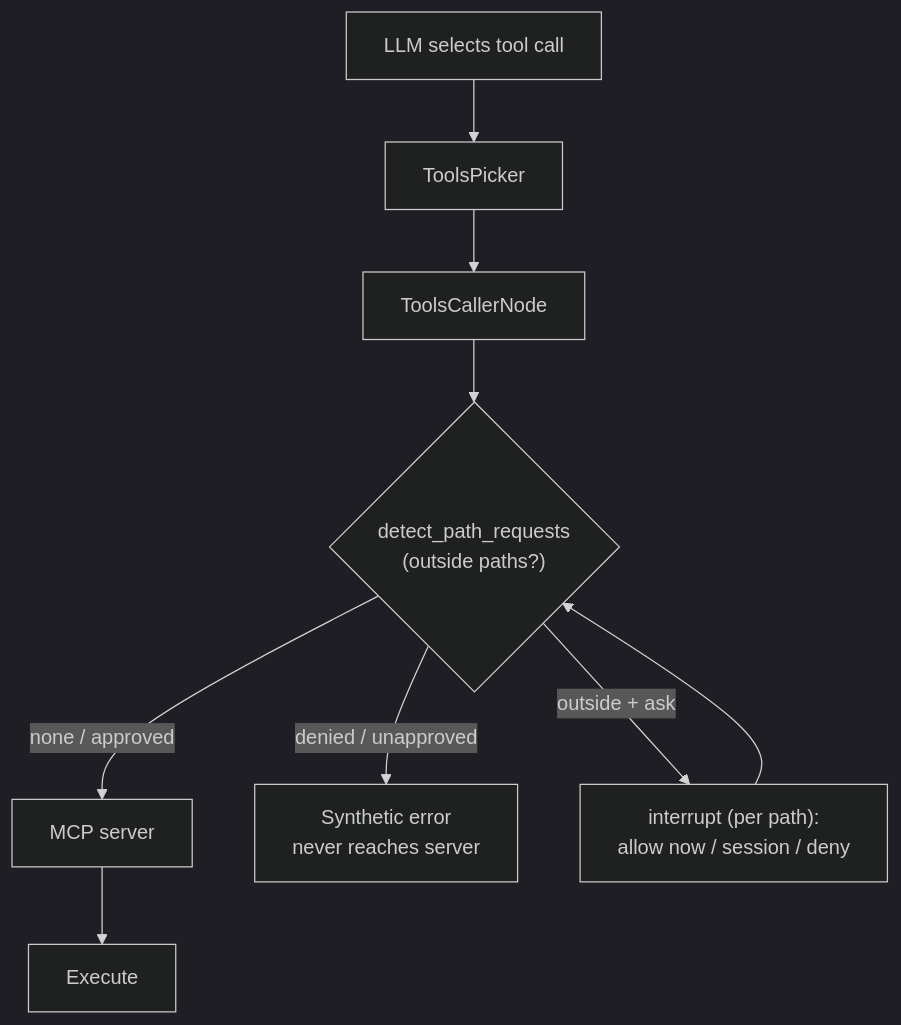
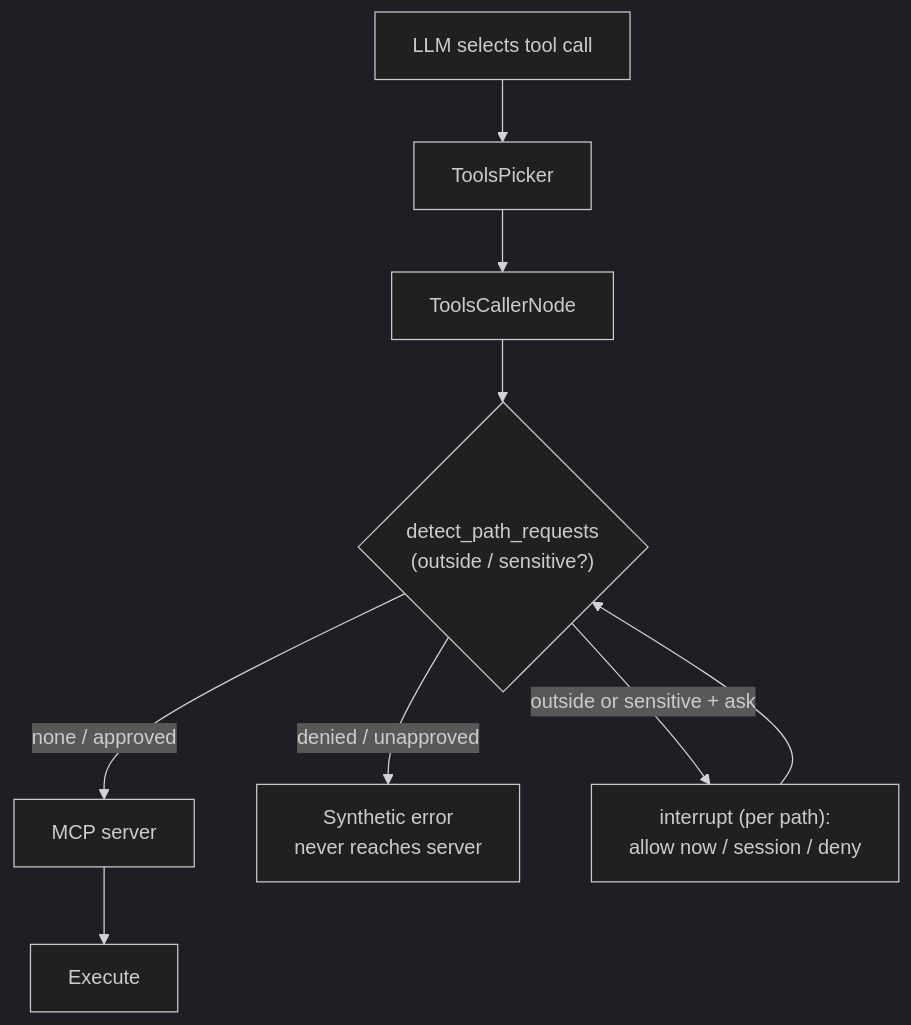
Before and after one commit to NeuroML/klea: the diagram in devdocs/system/mcp-permissions.md, drawn with Mermaid (dark theme). The commit also changed other lines of this file and 16 other files, not shown here.

Commit message:
feat(utils/mcp): add layer to ask permission for possibly sensitive files

````diff
--- a/devdocs/system/mcp-permissions.md
+++ b/devdocs/system/mcp-permissions.md
@@ -66,11 +78,11 @@
 ```mermaid
 flowchart TD
     LLM[LLM selects tool call] --> Picker[ToolsPicker]
     Picker --> Caller[ToolsCallerNode]
-    Caller --> PreCheck{"detect_path_requests\n(outside paths?)"}
+    Caller --> PreCheck{"detect_path_requests\n(outside / sensitive?)"}
     PreCheck -- none / approved --> Server[MCP server]
     PreCheck -- denied / unapproved --> Synth1[Synthetic error\nnever reaches server]
-    PreCheck -- "outside + ask" --> Approval["interrupt (per path):\nallow now / session / deny"]
+    PreCheck -- "outside or sensitive + ask" --> Approval["interrupt (per path):\nallow now / session / deny"]
     Approval --> PreCheck
     Server --> Exec[Execute]
 ```
````
